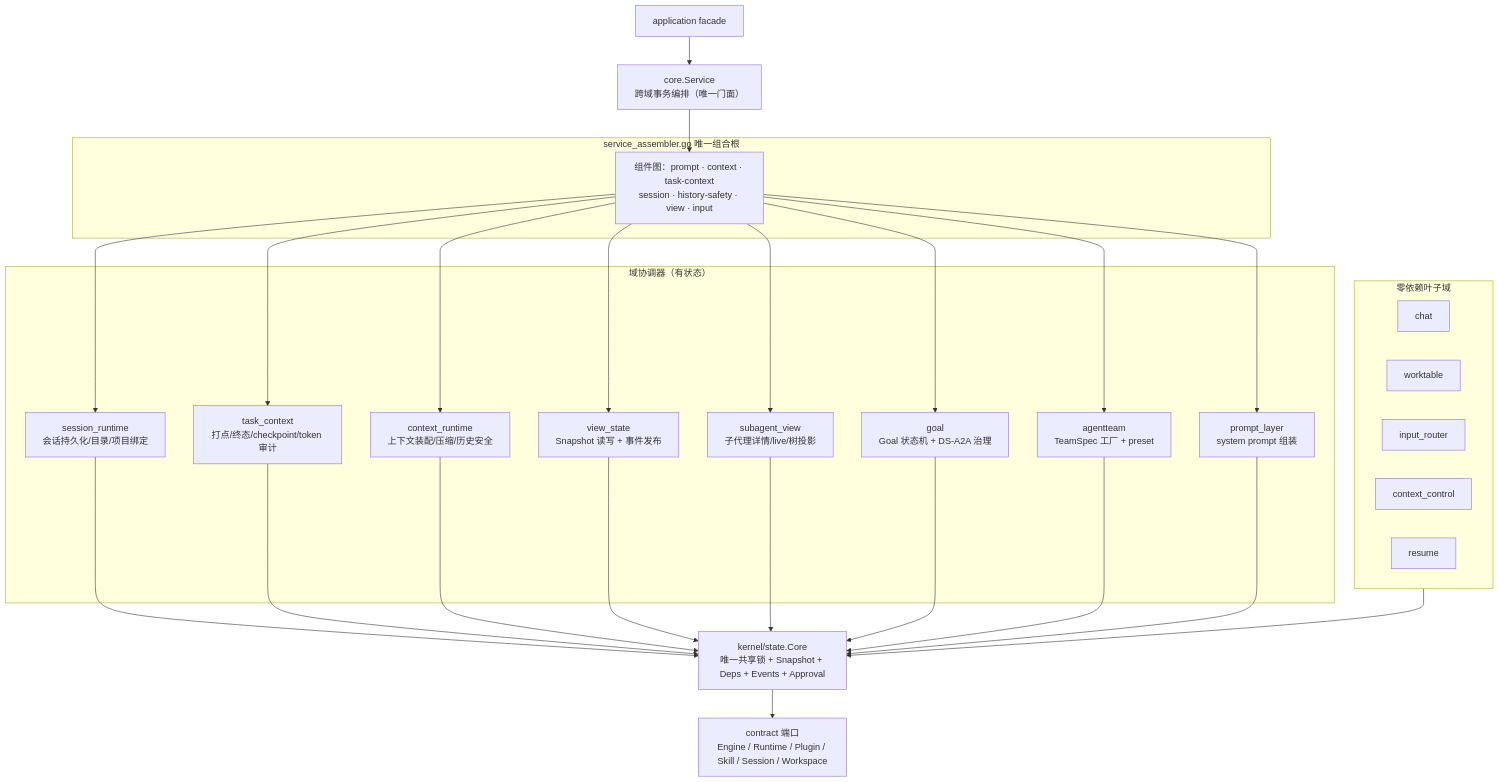
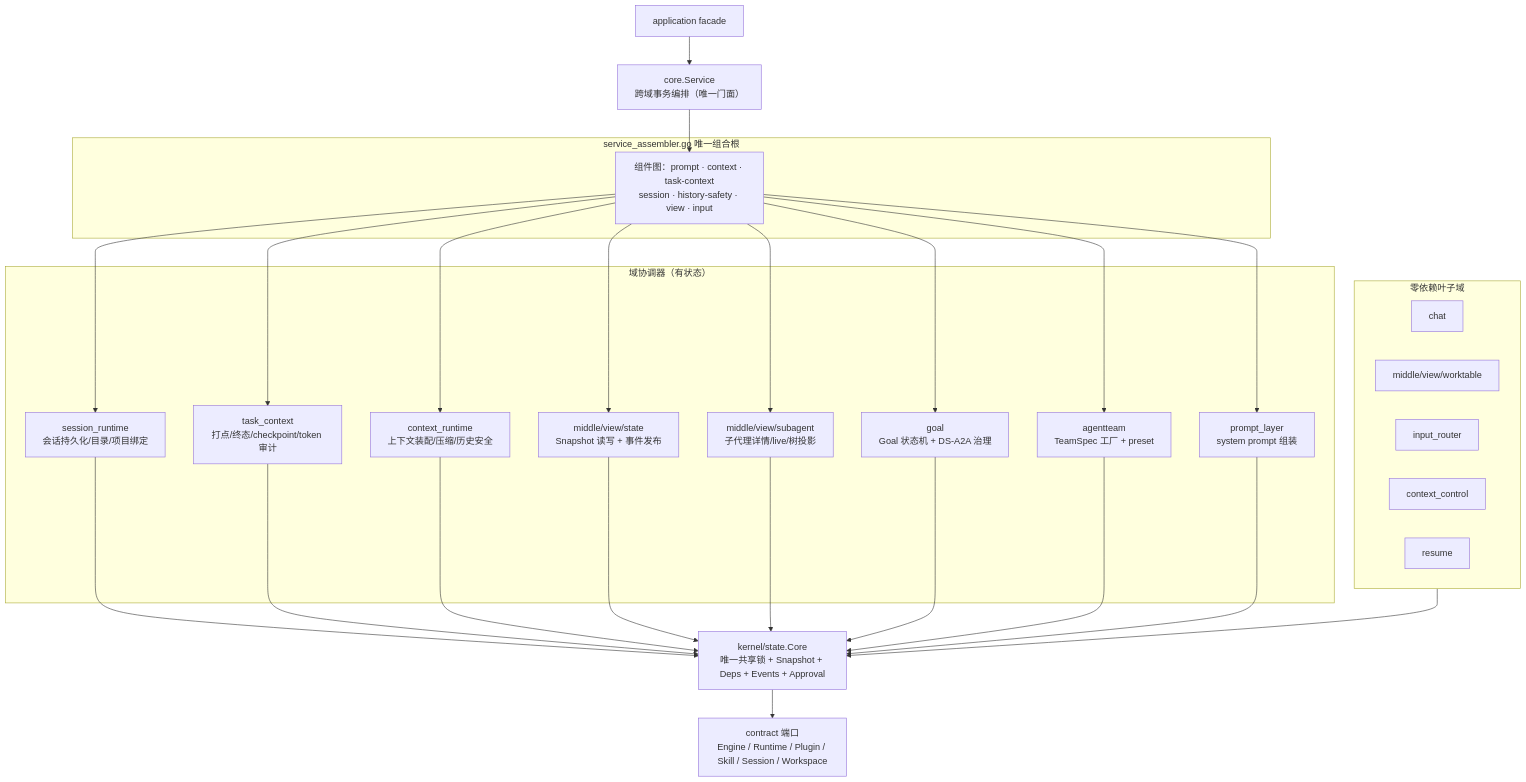
One commit to RedHuang-0622/seelex changed the first of 4 diagrams in application/core/README.md. Above: the diagram before and after it, drawn with Mermaid. The commit also changed other lines of this file and 33 other files, not shown here.

First line of the commit message:
refactor(arch): M5-R4 中间层三个叶子包归位 middle/view/*（plan §2.4）

````diff
--- a/application/core/README.md
+++ b/application/core/README.md
@@ -39,51 +38,51 @@
 ```mermaid
 flowchart TB
     FACADE["application facade"] --> SVC["core.Service<br/>跨域事务编排（唯一门面）"]
 
     subgraph ASSEMBLER["service_assembler.go 唯一组合根"]
         COMP["组件图：prompt · context · task-context<br/>session · history-safety · view · input"]
     end
 
     SVC --> COMP
 
     subgraph DOMAIN["域协调器（有状态）"]
         SR["session_runtime<br/>会话持久化/目录/项目绑定"]
         TC["task_context<br/>打点/终态/checkpoint/token 审计"]
         CR["context_runtime<br/>上下文装配/压缩/历史安全"]
-        VS["view_state<br/>Snapshot 读写 + 事件发布"]
-        SV["subagent_view<br/>子代理详情/live/树投影"]
+        VS["middle/view/state<br/>Snapshot 读写 + 事件发布"]
+        SV["middle/view/subagent<br/>子代理详情/live/树投影"]
         GOAL["goal<br/>Goal 状态机 + DS-A2A 治理"]
         TEAM["agentteam<br/>TeamSpec 工厂 + preset"]
         PL["prompt_layer<br/>system prompt 组装"]
     end
 
     subgraph LEAF["零依赖叶子域"]
         CHAT["chat"]
-        WT["worktable"]
+        WT["middle/view/worktable"]
         IR["input_router"]
         CC["context_control"]
         RES["resume"]
     end
 
     ST["kernel/state.Core<br/>唯一共享锁 + Snapshot + Deps + Events + Approval"]
     PORTS["contract 端口<br/>Engine / Runtime / Plugin / Skill / Session / Workspace"]
 
     COMP --> SR
     COMP --> TC
     COMP --> CR
     COMP --> VS
     COMP --> SV
     COMP --> GOAL
     COMP --> TEAM
     COMP --> PL
     SR --> ST
     TC --> ST
     CR --> ST
     VS --> ST
     SV --> ST
     GOAL --> ST
     TEAM --> ST
     PL --> ST
     LEAF --> ST
     ST --> PORTS
 ```
````
